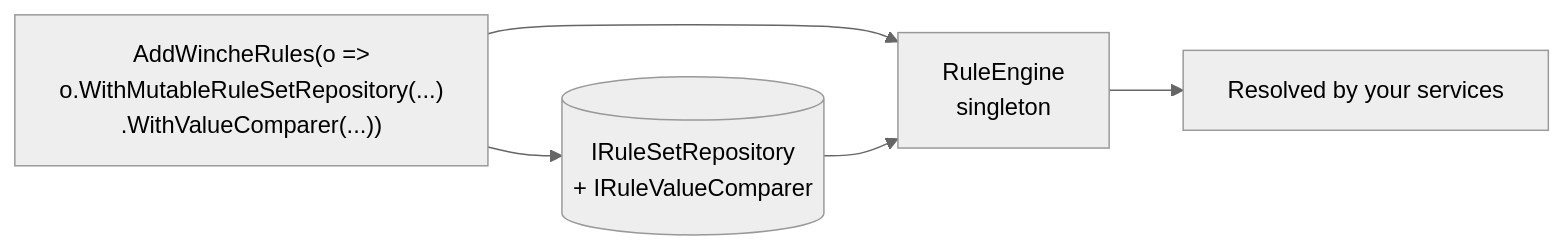
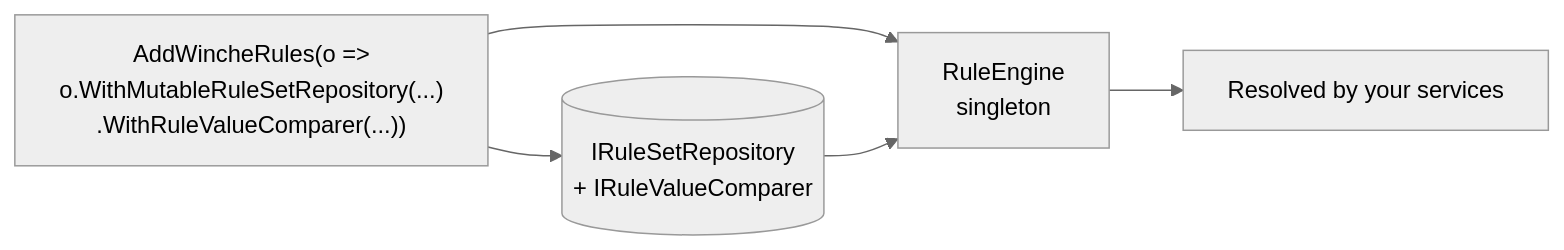
Before and after one commit to FlameOfUdun/winche-rules: the second of 5 diagrams in README.md, drawn with Mermaid (neutral theme). The commit also changed other lines of this file and 15 other files, not shown here.

First line of the commit message:
refactor!: consistent RuleSet naming (RuleSetBuilder/RuleSetEvaluator/DeserializeRuleSet) and WithRuleValueComparer

````diff
--- a/README.md
+++ b/README.md
@@ -294,7 +294,7 @@
 ```mermaid
 flowchart LR
-    A["AddWincheRules(o =><br/>o.WithMutableRuleSetRepository(...)<br/>.WithValueComparer(...))"] --> RS[("IRuleSetRepository<br/>+ IRuleValueComparer")]
+    A["AddWincheRules(o =><br/>o.WithMutableRuleSetRepository(...)<br/>.WithRuleValueComparer(...))"] --> RS[("IRuleSetRepository<br/>+ IRuleValueComparer")]
     A --> RE["RuleEngine<br/>singleton"]
     RS --> RE
     RE --> App["Resolved by your services"]
 ```
````
